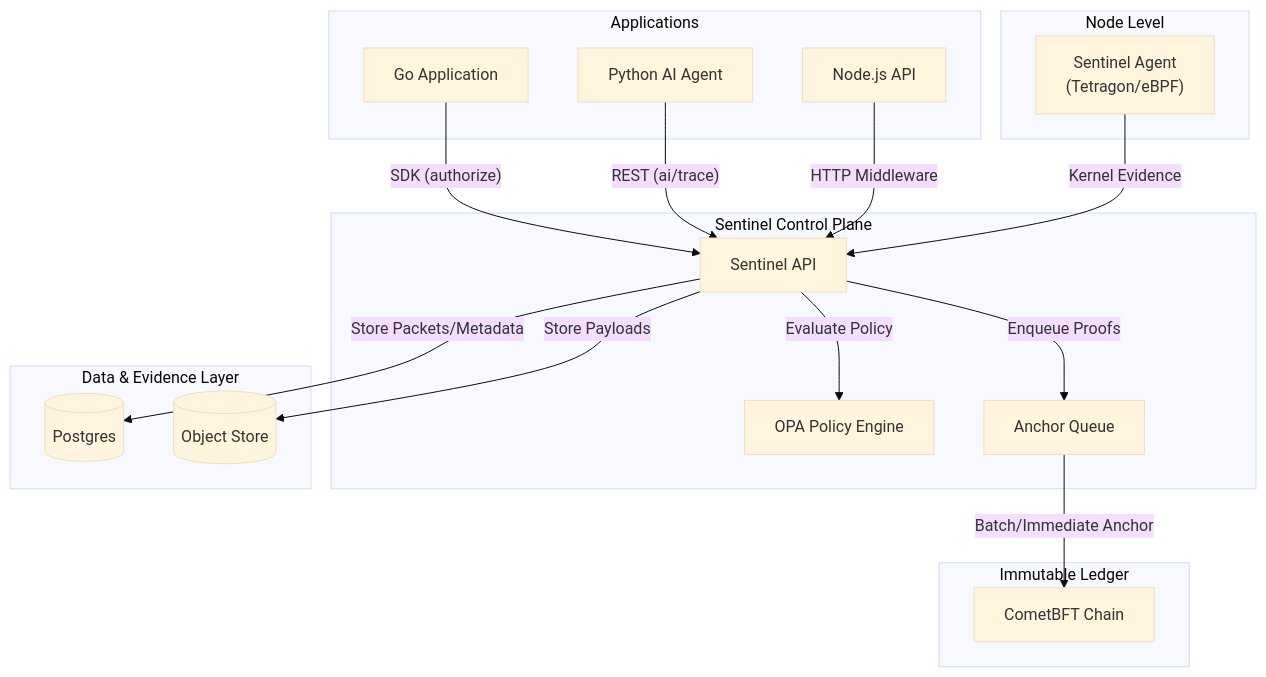
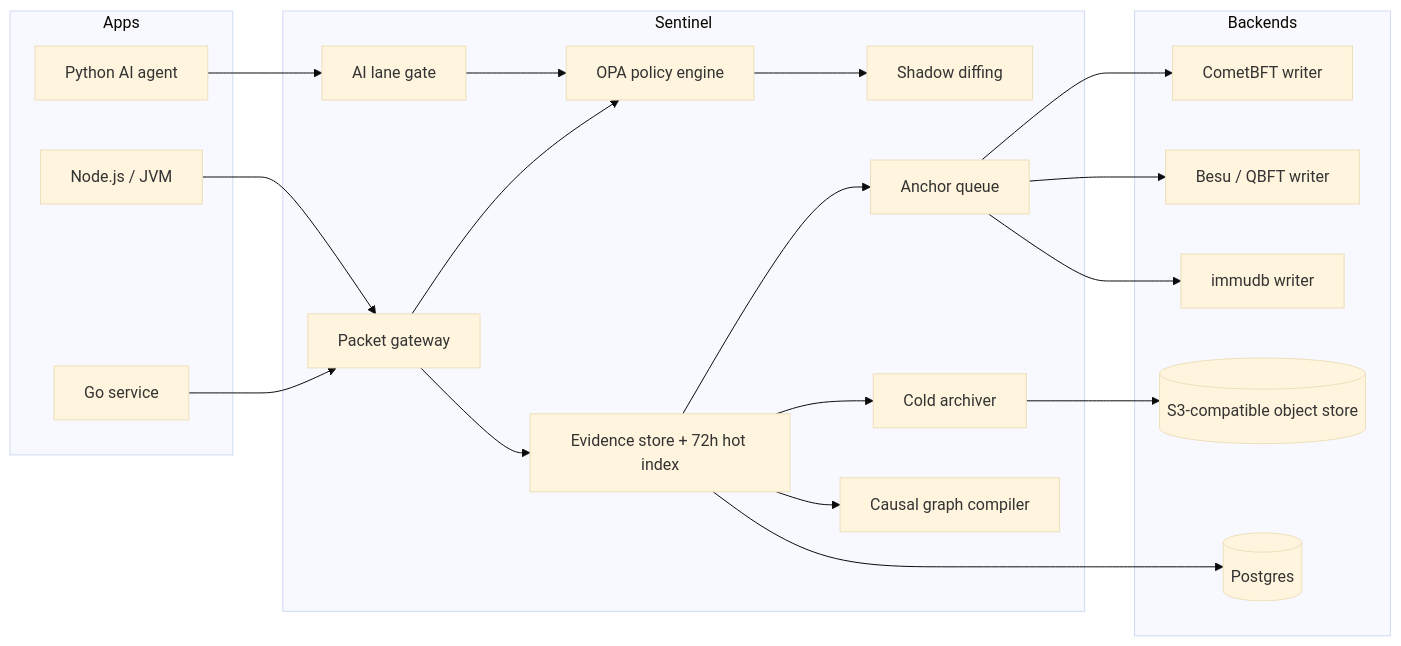
Before and after one commit to bussechr/sentinel: the first of 3 diagrams in README.md, drawn with Mermaid (base theme). The commit also changed other lines of this file and 67 other files, not shown here.

First line of the commit message:
feat: ship reusable Sentinel platform with multi-backend ledger and full SDKs

````diff
--- a/README.md
+++ b/README.md
@@ -28,38 +10,44 @@
 ```mermaid
-graph TD
-    subgraph Applications
-        AppA[Go Application]
-        AppB[Python AI Agent]
-        AppC[Node.js API]
+flowchart LR
+    subgraph Apps
+        A[Go service]
+        B[Python AI agent]
+        C[Node.js / JVM]
     end
 
-    subgraph "Sentinel Control Plane"
-        API[Sentinel API]
-        OPA[OPA Policy Engine]
-        Queue[Anchor Queue]
+    subgraph Sentinel
+        G[Packet gateway]
+        AI[AI lane gate]
+        P[OPA policy engine]
+        S[Shadow diffing]
+        E[Evidence store + 72h hot index]
+        H[Cold archiver]
+        Q[Anchor queue]
+        CG[Causal graph compiler]
     end
 
-    subgraph "Data & Evidence Layer"
+    subgraph Backends
+        L1[CometBFT writer]
+        L2[Besu / QBFT writer]
+        L3[immudb writer]
+        OBJ[(S3-compatible object store)]
         PG[(Postgres)]
-        S3[(Object Store)]
     end
 
-    subgraph "Immutable Ledger"
-        BFT[CometBFT Chain]
-    end
+    A --> G
+    B --> AI
+    C --> G
 
-    subgraph "Node Level"
-        Agent["Sentinel Agent<br>(Tetragon/eBPF)"]
-    end
-
-    AppA -- "SDK (authorize)" --> API
-    AppB -- "REST (ai/trace)" --> API
-    AppC -- "HTTP Middleware" --> API
-    Agent -- "Kernel Evidence" --> API
-
-    API -- "Evaluate Policy" --> OPA
-    API -- "Store Packets/Metadata" --> PG
-    API -- "Store Payloads" --> S3
-    API -- "Enqueue Proofs" --> Queue
-    Queue -- "Batch/Immediate Anchor" --> BFT
+    G --> P
+    AI --> P
+    P --> S
+    G --> E
+    E --> Q
+    Q --> L1
+    Q --> L2
+    Q --> L3
+    E --> CG
+    E --> H
+    H --> OBJ
+    E --> PG
 ```
````
